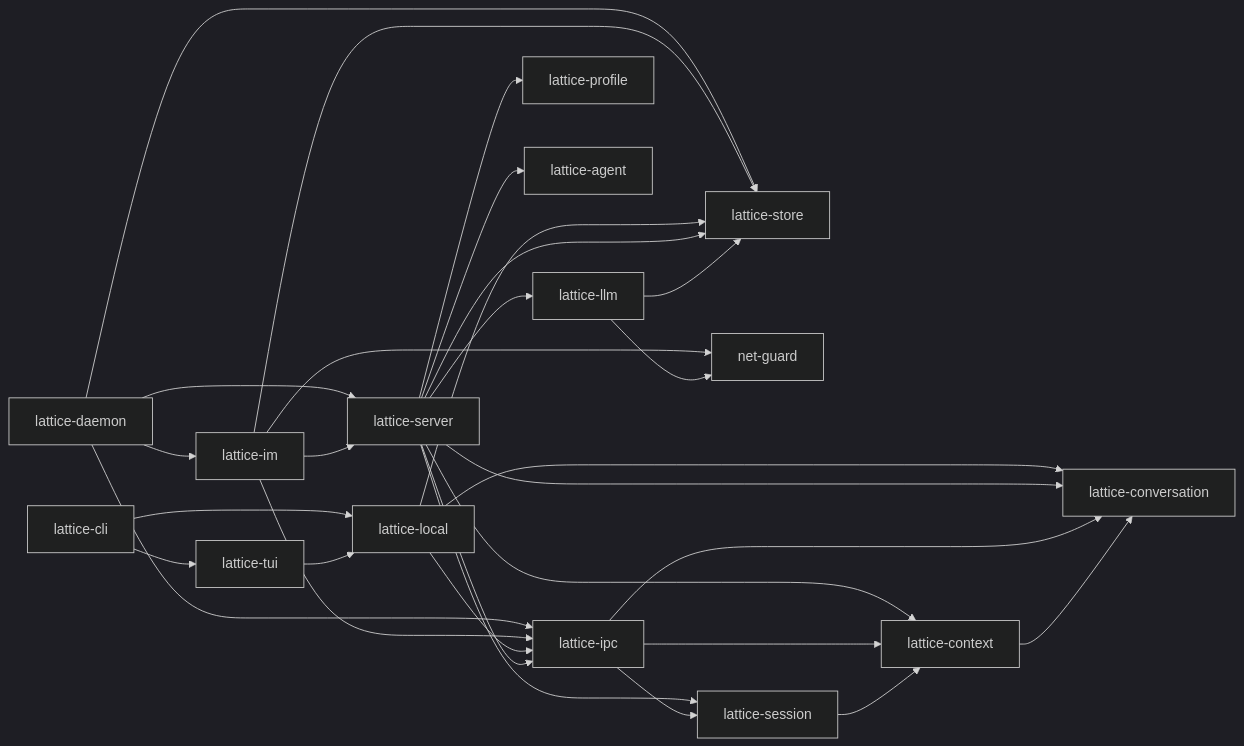
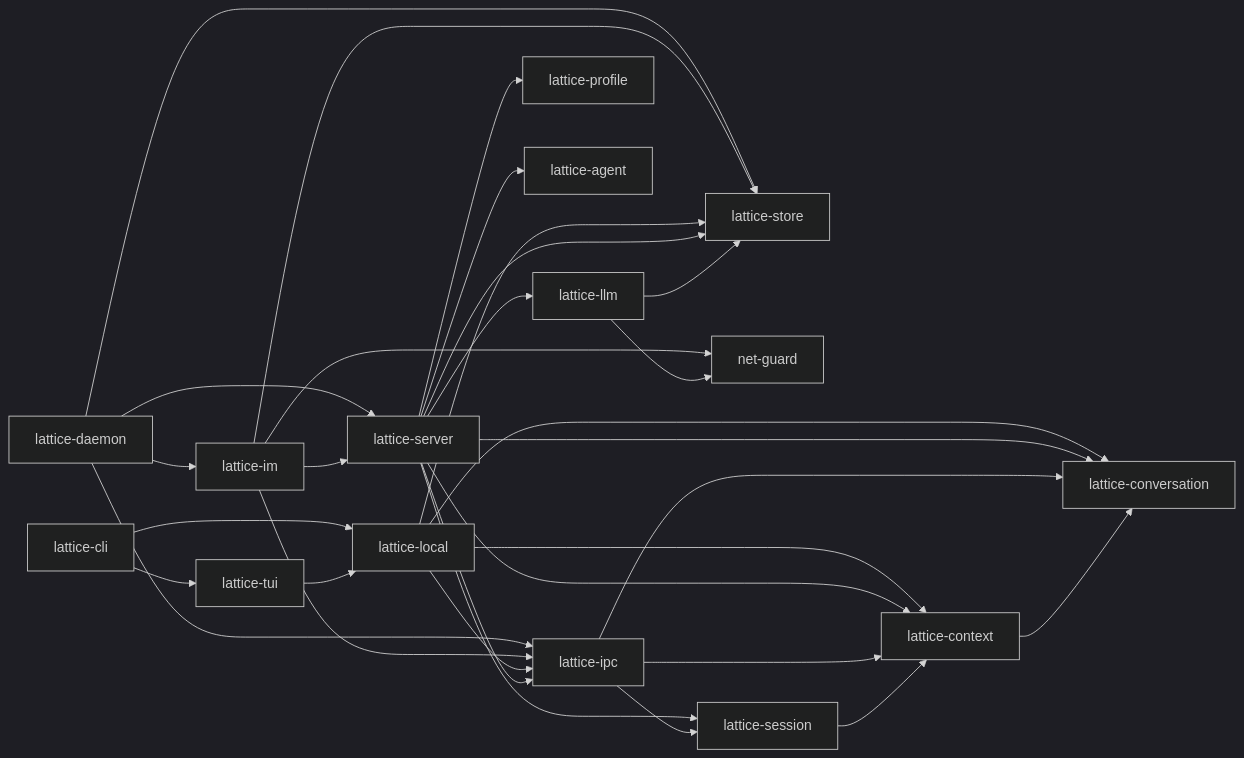
One commit to Skyline10124/lattice changed the diagram in docs/architecture/crates.md. Above: the diagram before and after it, drawn with Mermaid (dark theme). The commit also changed other lines of this file and 109 other files, not shown here.

First line of the commit message:
feat(ipc,local,server,tui)!: 解耦跨层对话视图并接通上下文 IPC 与位置基线 (#434)

````diff
--- a/docs/architecture/crates.md
+++ b/docs/architecture/crates.md
@@ -15,32 +15,33 @@
 ```mermaid
 flowchart LR
     CLI["lattice-cli"] --> TUI["lattice-tui"]
     CLI --> LOCAL["lattice-local"]
     DAEMON["lattice-daemon"] --> SERVER["lattice-server"]
     DAEMON --> IM["lattice-im"]
     DAEMON --> IPC["lattice-ipc"]
     DAEMON --> STORE["lattice-store"]
     IM --> SERVER
     IM --> IPC
     IM --> STORE
     IM --> NET["net-guard"]
     TUI --> LOCAL
     LOCAL --> IPC
     LOCAL --> STORE
+    LOCAL --> CTX["lattice-context"]
     LOCAL --> CONV["lattice-conversation"]
     SERVER --> IPC
     SERVER --> STORE
     SERVER --> LLM["lattice-llm"]
     SERVER --> PROFILE["lattice-profile"]
     SERVER --> AGENT["lattice-agent"]
     SERVER --> SESSION["lattice-session"]
-    SERVER --> CTX["lattice-context"]
+    SERVER --> CTX
     SERVER --> CONV
     LLM --> STORE
     LLM --> NET
     IPC --> SESSION
     IPC --> CTX
     IPC --> CONV
     SESSION --> CTX
     CTX --> CONV
 ```
````
